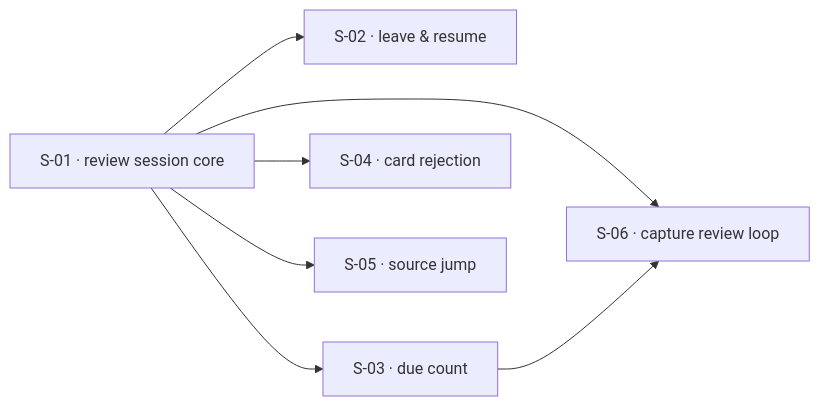
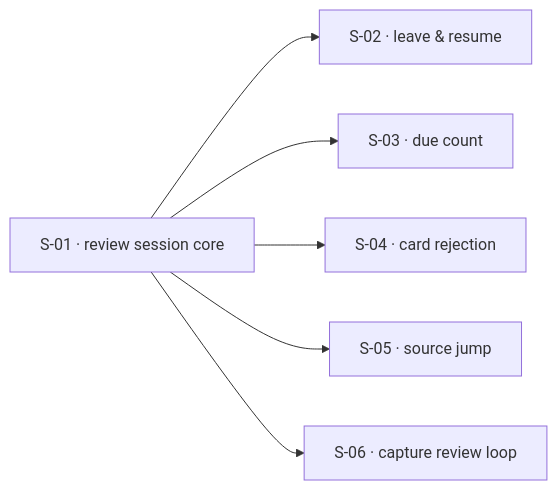
The diagram in context/efforts/remember-flow/roadmap.md (web-lizzard/weles), drawn with Mermaid before and after one commit. The commit also changed other lines of this file and 3 other files, not shown here.

First line of the commit message:
docs(remember-flow): drop FR-012 post-capture review prompt

````diff
--- a/context/efforts/remember-flow/roadmap.md
+++ b/context/efforts/remember-flow/roadmap.md
@@ -20,9 +20,8 @@
 ```mermaid
 flowchart LR
   S-01["S-01 · review session core"] --> S-02["S-02 · leave & resume"]
   S-01 --> S-03["S-03 · due count"]
   S-01 --> S-04["S-04 · card rejection"]
   S-01 --> S-05["S-05 · source jump"]
   S-01 --> S-06["S-06 · capture review loop"]
-  S-03 --> S-06
 ```
````
